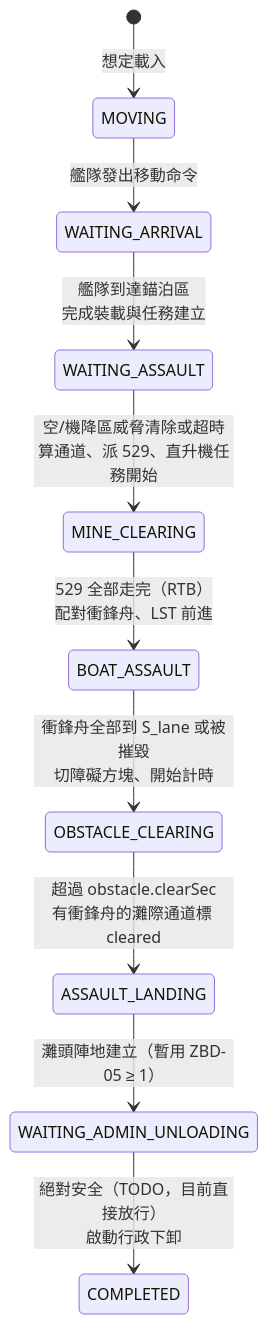
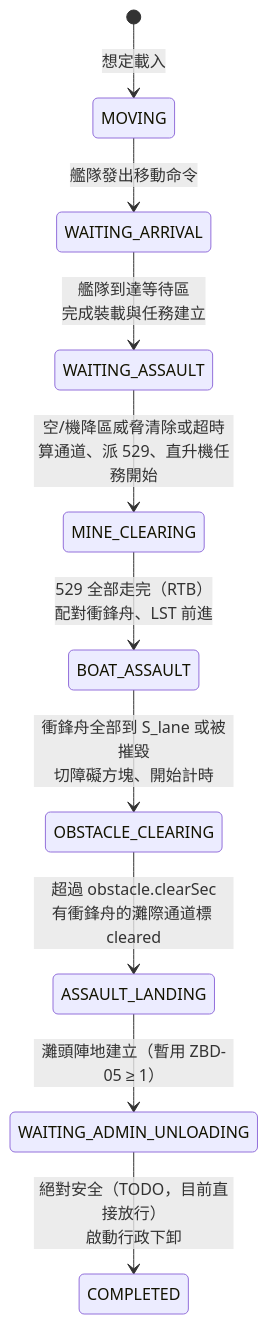
The second of 3 diagrams in docs/landingOps/README.md (pullupjumper/formosa-in-flames), drawn with Mermaid before and after one commit. The commit also changed other lines of this file and 31 other files, not shown here.

````diff
--- a/docs/landingOps/README.md
+++ b/docs/landingOps/README.md
@@ -119,12 +119,12 @@
 ```mermaid
 stateDiagram-v2
     [*] --> MOVING: 想定載入
     MOVING --> WAITING_ARRIVAL: 艦隊發出移動命令
-    WAITING_ARRIVAL --> WAITING_ASSAULT: 艦隊到達錨泊區<br>完成裝載與任務建立
+    WAITING_ARRIVAL --> WAITING_ASSAULT: 艦隊到達等待區<br>完成裝載與任務建立
     WAITING_ASSAULT --> MINE_CLEARING: 空/機降區威脅清除或超時<br>算通道、派 529、直升機任務開始
     MINE_CLEARING --> BOAT_ASSAULT: 529 全部走完（RTB）<br>配對衝鋒舟、LST 前進
     BOAT_ASSAULT --> OBSTACLE_CLEARING: 衝鋒舟全部到 S_lane 或被摧毀<br>切障礙方塊、開始計時
     OBSTACLE_CLEARING --> ASSAULT_LANDING: 超過 obstacle.clearSec<br>有衝鋒舟的灘際通道標 cleared
     ASSAULT_LANDING --> WAITING_ADMIN_UNLOADING: 灘頭陣地建立（暫用 ZBD-05 ≥ 1）
     WAITING_ADMIN_UNLOADING --> COMPLETED: 絕對安全（TODO，目前直接放行）<br>啟動行政下卸
 ```
````
